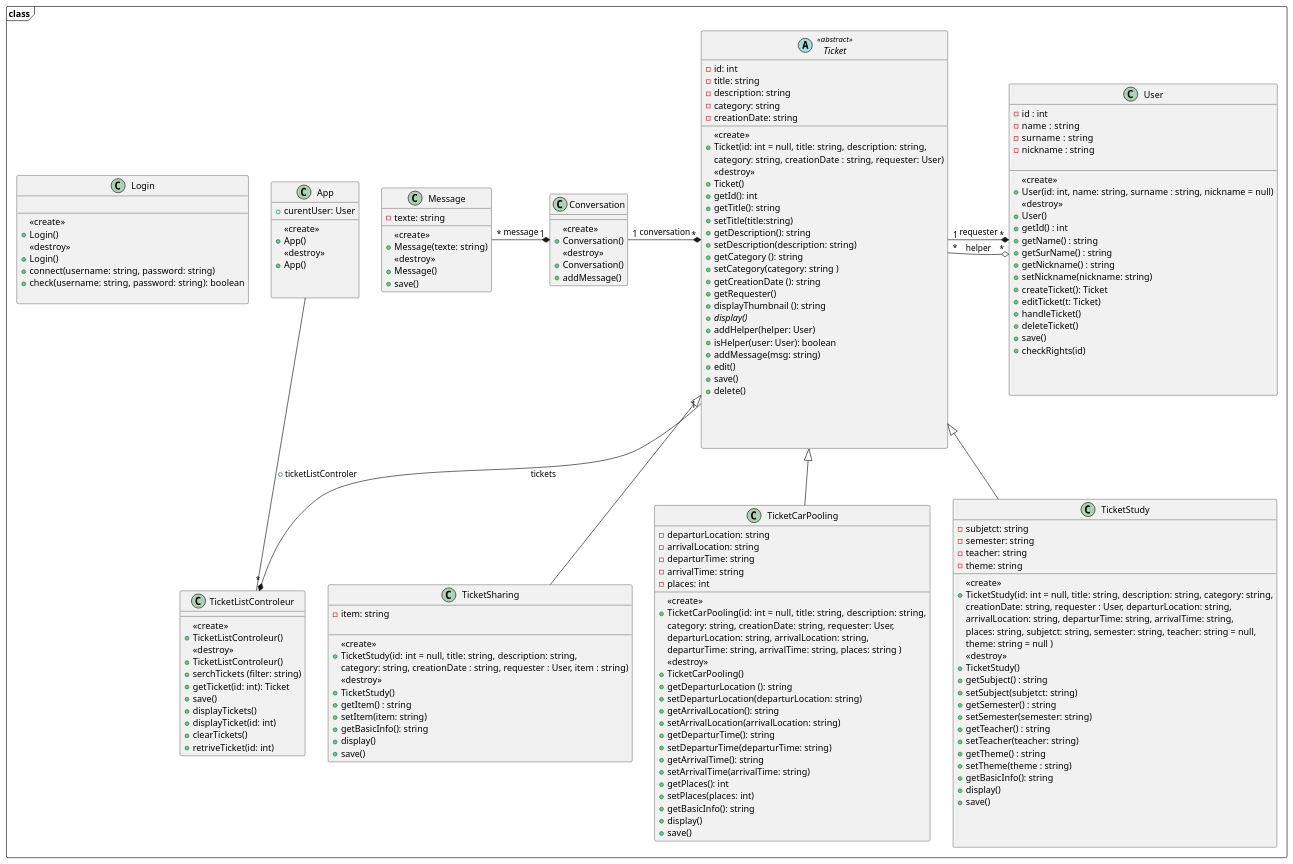
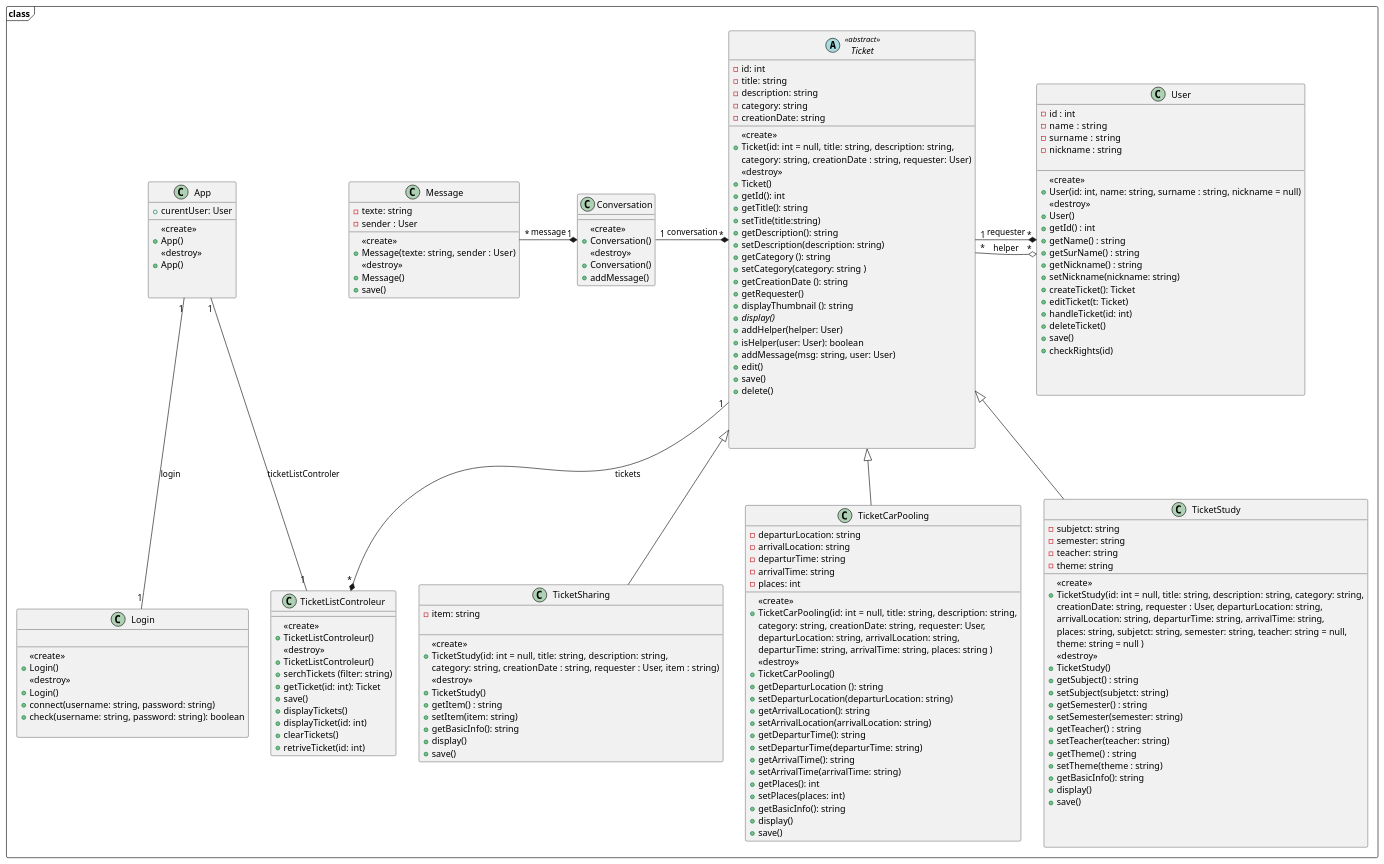
The diagram in docs/UML/Diagramme de classe.puml (dorianleveque/CoHub), drawn with PlantUML before and after one commit.

Commit message:
Update Diagramme de classe.puml

```diff
--- a/docs/UML/Diagramme de classe.puml
+++ b/docs/UML/Diagramme de classe.puml
@@ -26,7 +26,7 @@
 {abstract}+ display()
 + addHelper(helper: User)
 + isHelper(user: User): boolean
-+ addMessage(msg: string)
++ addMessage(msg: string, user: User)
 + edit()
 + save()
 + delete()
@@ -48,9 +48,10 @@
 
 class Message  {
 -texte: string
+-sender : User
 __
 <<create>>
-+ Message(texte: string)
++ Message(texte: string, sender : User)
 <<destroy>>
 + Message()
 + save()
@@ -151,7 +152,7 @@
 + setNickname(nickname: string)
 + createTicket(): Ticket
 + editTicket(t: Ticket)
-+ handleTicket()
++ handleTicket(id: int)
 + deleteTicket()
 + save()
 + checkRights(id)
@@ -203,8 +204,8 @@
 Ticket <|-- TicketCarPooling
 Ticket <|--TicketStudy
 Ticket <|--TicketSharing
-App -- TicketListControleur: + ticketListControler
-
+App "1" -- "1" TicketListControleur: ticketListControler 
+App "1" -- "1" Login: login 
 
 
 User "*" *---left- "1" Ticket : requester
```
